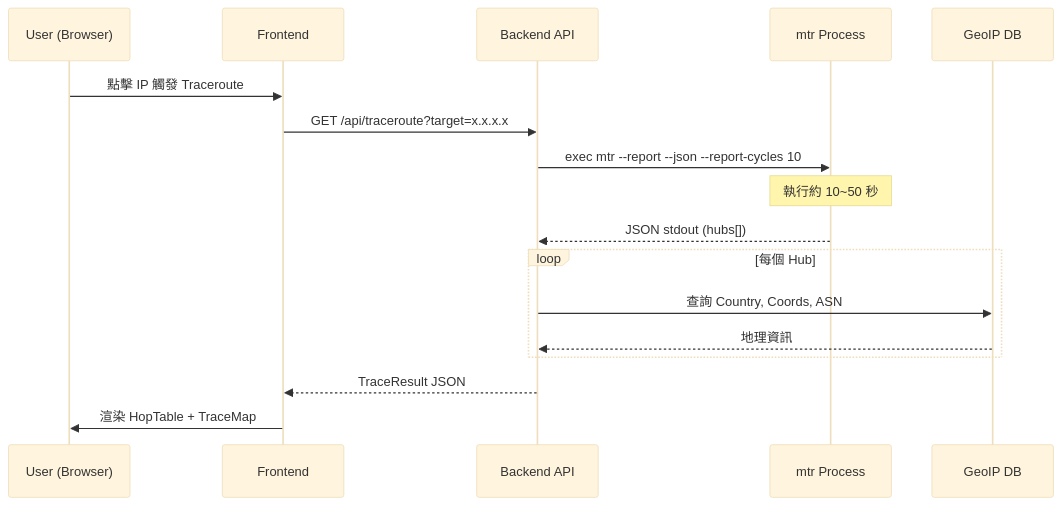
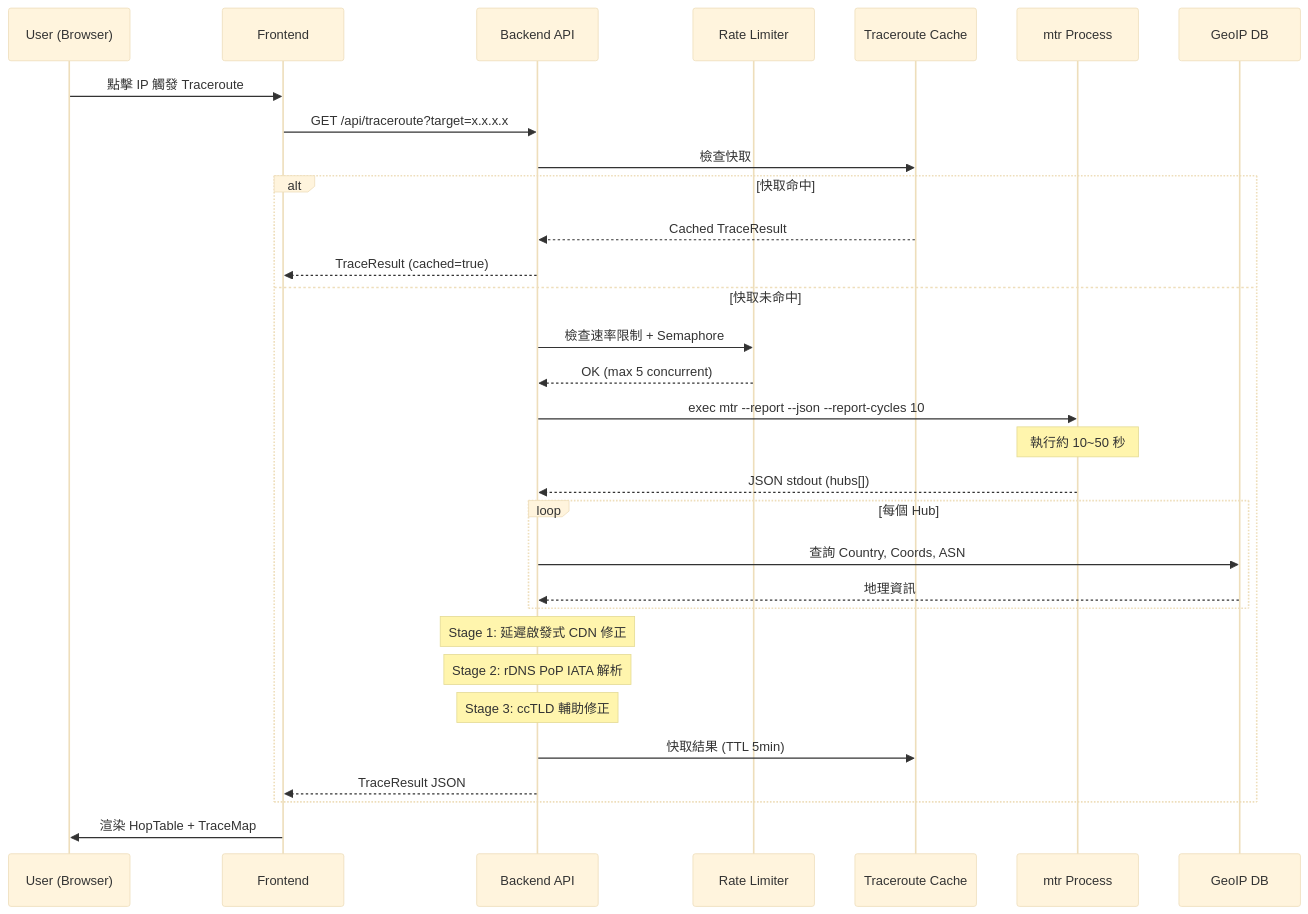
One commit to zeroflare/ocf-srrt changed the third of 4 diagrams in doc/06_runtime_view.md. Above: the diagram before and after it, drawn with Mermaid (base theme). The commit also changed other lines of this file and 46 other files, not shown here.

First line of the commit message:
feat(frontend/backend): implement rate limiting, caching, and enhanced traceroute enrichment

````diff
--- a/doc/06_runtime_view.md
+++ b/doc/06_runtime_view.md
@@ -34,20 +61,34 @@
 ```mermaid
 sequenceDiagram
     participant U as User (Browser)
     participant FE as Frontend
     participant API as Backend API
+    participant RL as Rate Limiter
+    participant Cache as Traceroute Cache
     participant MTR as mtr Process
     participant GEO as GeoIP DB
 
     U->>FE: 點擊 IP 觸發 Traceroute
     FE->>API: GET /api/traceroute?target=x.x.x.x
-    API->>MTR: exec mtr --report --json --report-cycles 10
-    Note over MTR: 執行約 10~50 秒
-    MTR-->>API: JSON stdout (hubs[])
-    loop 每個 Hub
-        API->>GEO: 查詢 Country, Coords, ASN
-        GEO-->>API: 地理資訊
+    API->>Cache: 檢查快取
+    alt 快取命中
+        Cache-->>API: Cached TraceResult
+        API-->>FE: TraceResult (cached=true)
+    else 快取未命中
+        API->>RL: 檢查速率限制 + Semaphore
+        RL-->>API: OK (max 5 concurrent)
+        API->>MTR: exec mtr --report --json --report-cycles 10
+        Note over MTR: 執行約 10~50 秒
+        MTR-->>API: JSON stdout (hubs[])
+        loop 每個 Hub
+            API->>GEO: 查詢 Country, Coords, ASN
+            GEO-->>API: 地理資訊
+        end
+        Note over API: Stage 1: 延遲啟發式 CDN 修正
+        Note over API: Stage 2: rDNS PoP IATA 解析
+        Note over API: Stage 3: ccTLD 輔助修正
+        API->>Cache: 快取結果 (TTL 5min)
+        API-->>FE: TraceResult JSON
     end
-    API-->>FE: TraceResult JSON
     FE->>U: 渲染 HopTable + TraceMap
 ```
````
